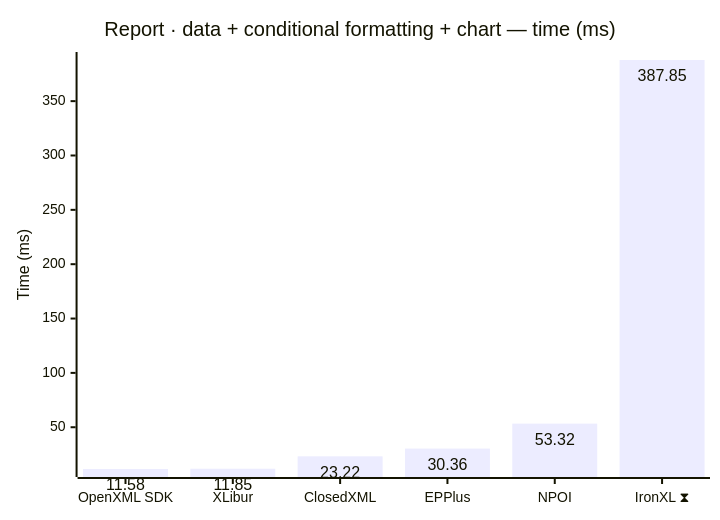
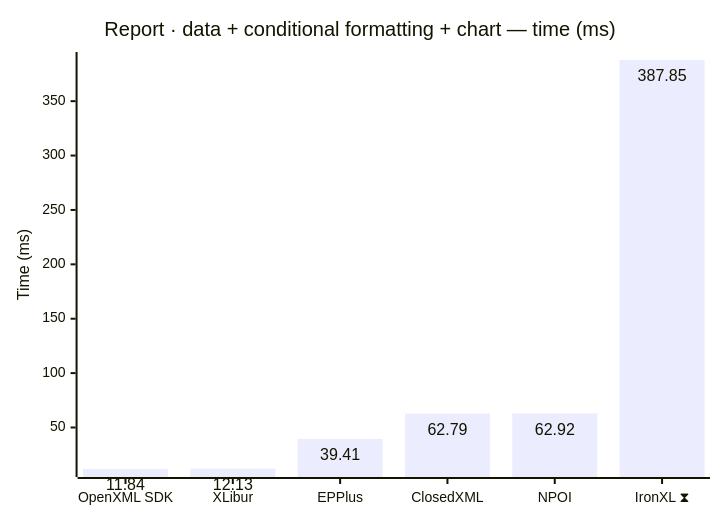
One commit to jafin/XLBench changed the seventh of 12 diagrams in docs/results-ci.md. Above: the diagram before and after it, drawn with Mermaid. The commit also changed other lines of this file, not shown here.

````diff
--- a/docs/results-ci.md
+++ b/docs/results-ci.md
@@ -119,12 +119,12 @@
 ```mermaid
 ---
 config:
   xyChart:
     showDataLabel: true
 ---
 xychart-beta
     title "Report · data + conditional formatting + chart — time (ms)"
-    x-axis ["OpenXML SDK", "XLibur", "ClosedXML", "EPPlus", "NPOI", "IronXL ⧗"]
+    x-axis ["OpenXML SDK", "XLibur", "EPPlus", "ClosedXML", "NPOI", "IronXL ⧗"]
     y-axis "Time (ms)"
-    bar [11.58, 11.85, 23.22, 30.36, 53.32, 387.85]
+    bar [11.84, 12.13, 39.41, 62.79, 62.92, 387.85]
 ```
````
